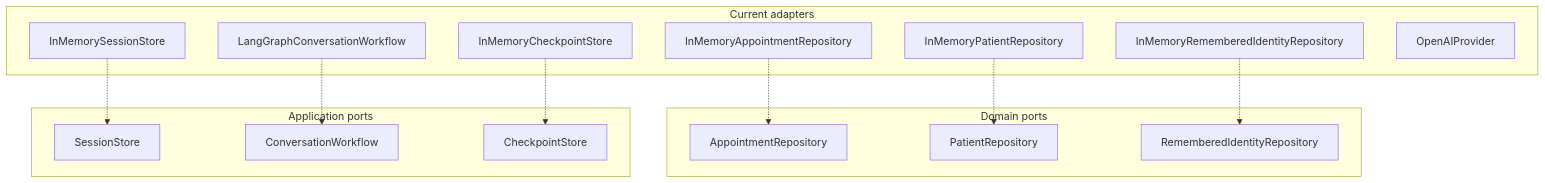
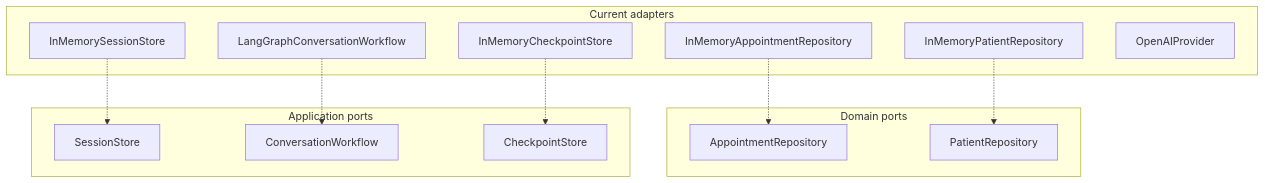
One commit to ktakanopy/appointment-bot changed the second of 4 diagrams in docs/architecture.md. Above: the diagram before and after it, drawn with Mermaid. The commit also changed other lines of this file and 47 other files, not shown here.

First line of the commit message:
Remove remembered identity from delivered scope

````diff
--- a/docs/architecture.md
+++ b/docs/architecture.md
@@ -105,31 +104,28 @@
 ```mermaid
 flowchart TB
     subgraph domainPorts [Domain ports]
         appointmentRepo[AppointmentRepository]
         patientRepo[PatientRepository]
-        identityRepo[RememberedIdentityRepository]
     end
 
     subgraph applicationPorts [Application ports]
         sessionStore[SessionStore]
         workflowPort[ConversationWorkflow]
         checkpointStore[CheckpointStore]
     end
 
     subgraph adapters [Current adapters]
         inMemAppointment[InMemoryAppointmentRepository]
         inMemPatient[InMemoryPatientRepository]
-        inMemIdentity[InMemoryRememberedIdentityRepository]
         inMemSession[InMemorySessionStore]
         inMemCheckpoint[InMemoryCheckpointStore]
         langgraphRunner[LangGraphConversationWorkflow]
         openaiProvider[OpenAIProvider]
     end
 
     inMemAppointment -.-> appointmentRepo
     inMemPatient -.-> patientRepo
-    inMemIdentity -.-> identityRepo
     inMemSession -.-> sessionStore
     inMemCheckpoint -.-> checkpointStore
     langgraphRunner -.-> workflowPort
 ```
````
